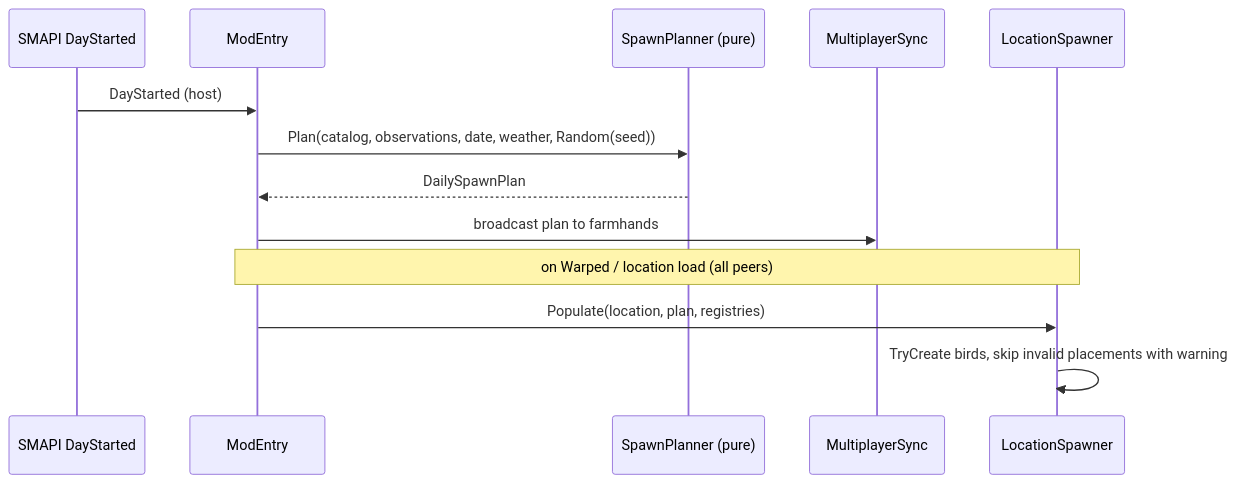
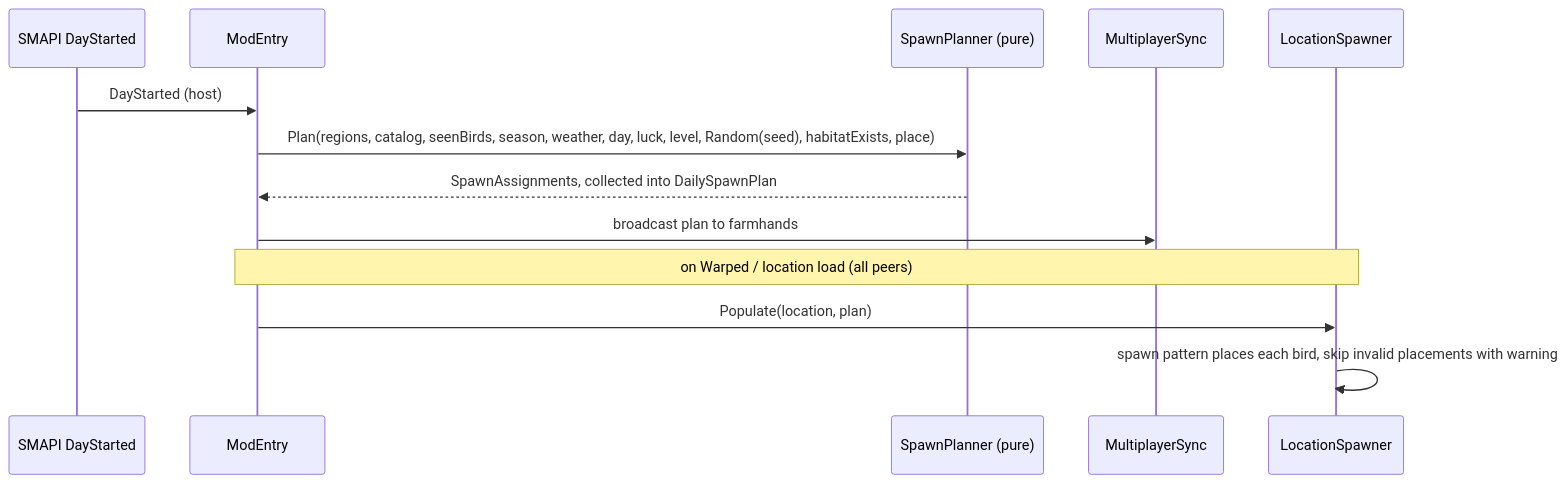
Before and after one commit to pschonev/BirdsEverywhere: the seventh of 7 diagrams in docs/ARCHITECTURE.md, drawn with Mermaid. The commit also changed other lines of this file and 305 other files, not shown here.

````diff
--- a/docs/ARCHITECTURE.md
+++ b/docs/ARCHITECTURE.md
@@ -884,15 +887,15 @@
 ```mermaid
 sequenceDiagram
     participant G as SMAPI DayStarted
     participant M as ModEntry
     participant P as SpawnPlanner (pure)
     participant S as MultiplayerSync
     participant L as LocationSpawner
     G->>M: DayStarted (host)
-    M->>P: Plan(catalog, observations, date, weather, Random(seed))
-    P-->>M: DailySpawnPlan
+    M->>P: Plan(regions, catalog, seenBirds, season, weather, day, luck, level, Random(seed), habitatExists, place)
+    P-->>M: SpawnAssignments, collected into DailySpawnPlan
     M->>S: broadcast plan to farmhands
     Note over M,L: on Warped / location load (all peers)
-    M->>L: Populate(location, plan, registries)
-    L->>L: TryCreate birds, skip invalid placements with warning
+    M->>L: Populate(location, plan)
+    L->>L: spawn pattern places each bird, skip invalid placements with warning
 ```
````
